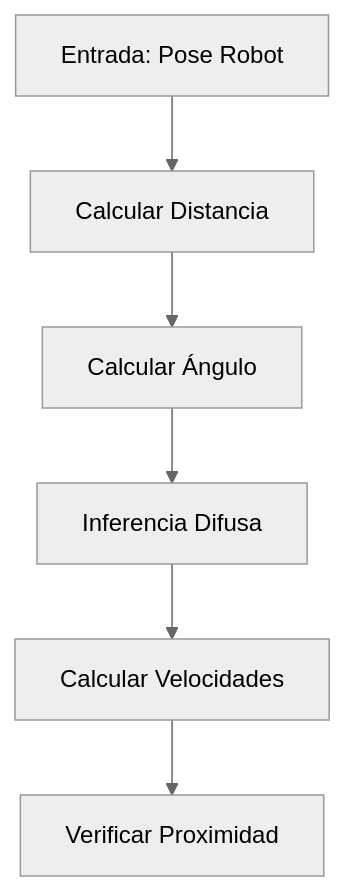
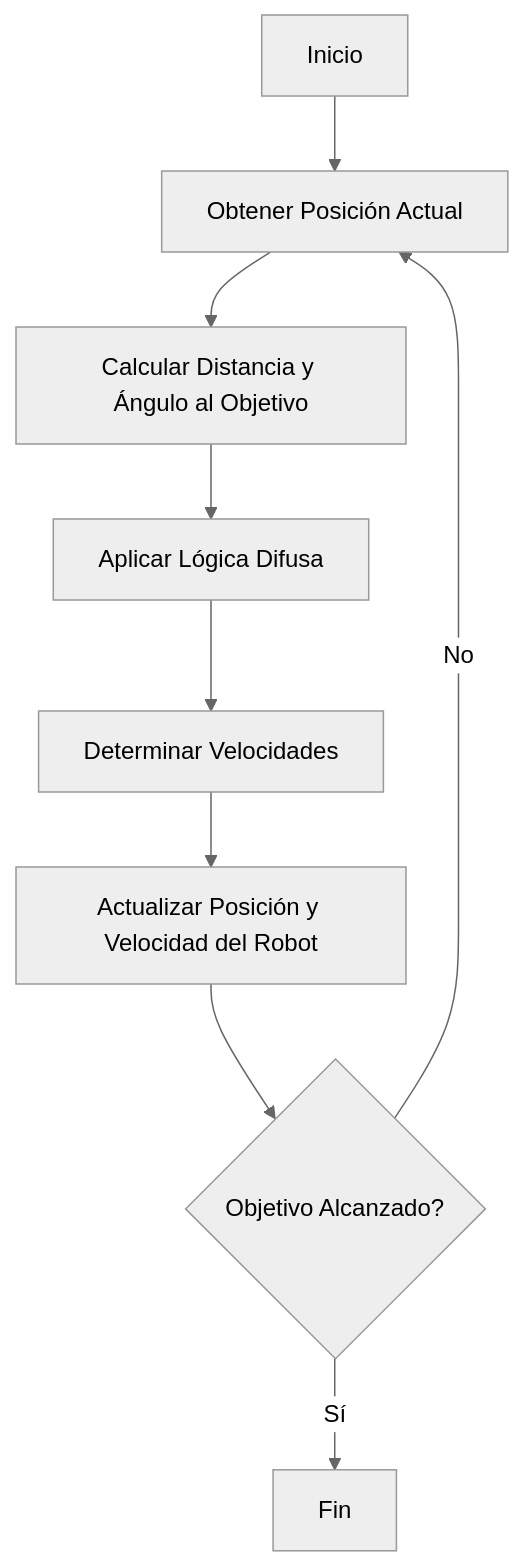
The diagram in FuzzyExpert/README.md (stas-gatin/Sistemas-Expertos), drawn with Mermaid (neutral theme) before and after one commit. The commit also changed other lines of this file, not shown here.

````diff
--- a/FuzzyExpert/README.md
+++ b/FuzzyExpert/README.md
@@ -465,8 +333,11 @@
 ```mermaid
 graph TD
-    A[Entrada: Pose Robot] --> B[Calcular Distancia]
-    B --> C[Calcular Ángulo]
-    C --> D[Inferencia Difusa]
-    D --> E[Calcular Velocidades]
-    E --> F[Verificar Proximidad]
+    A[Inicio] --> B[Obtener Posición Actual]
+    B --> C[Calcular Distancia y Ángulo al Objetivo]
+    C --> D[Aplicar Lógica Difusa]
+    D --> E[Determinar Velocidades]
+    E --> F[Actualizar Posición y Velocidad del Robot]
+    F --> G{Objetivo Alcanzado?}
+    G -- No --> B
+    G -- Sí --> H[Fin]
 ```
````
